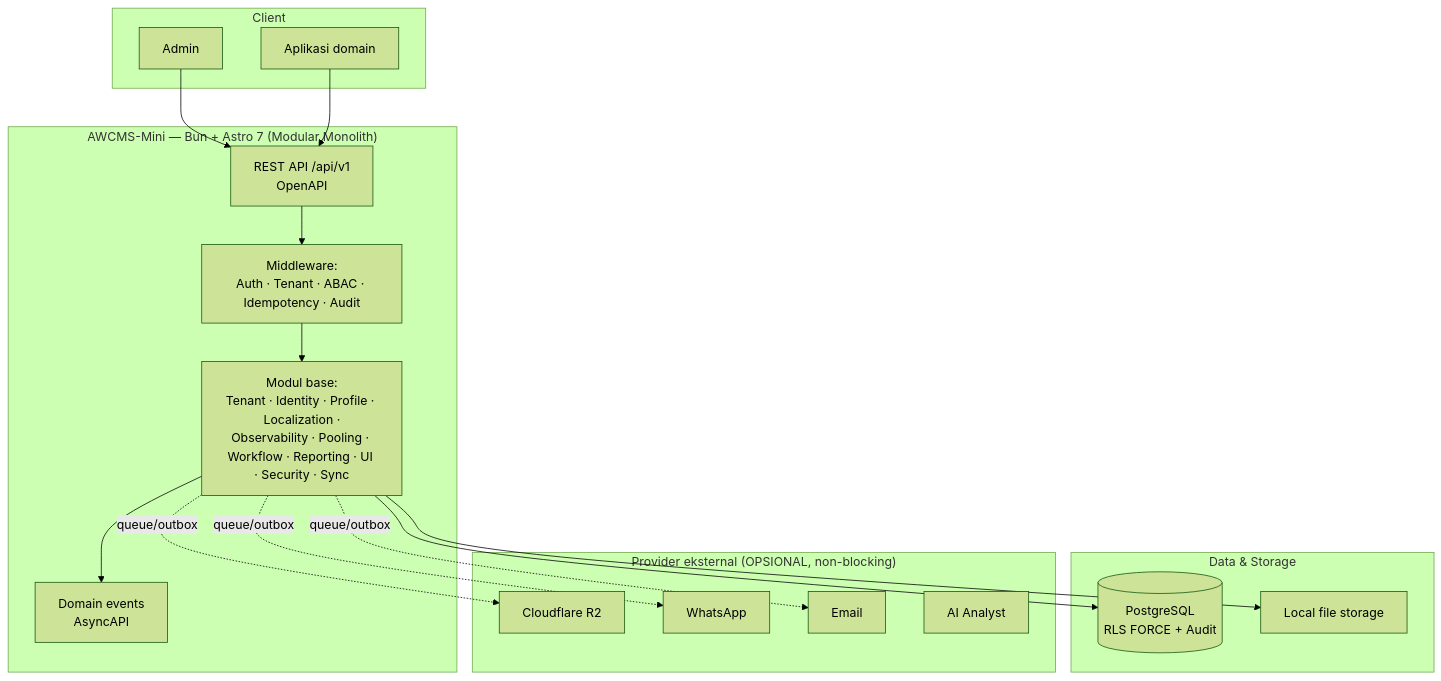
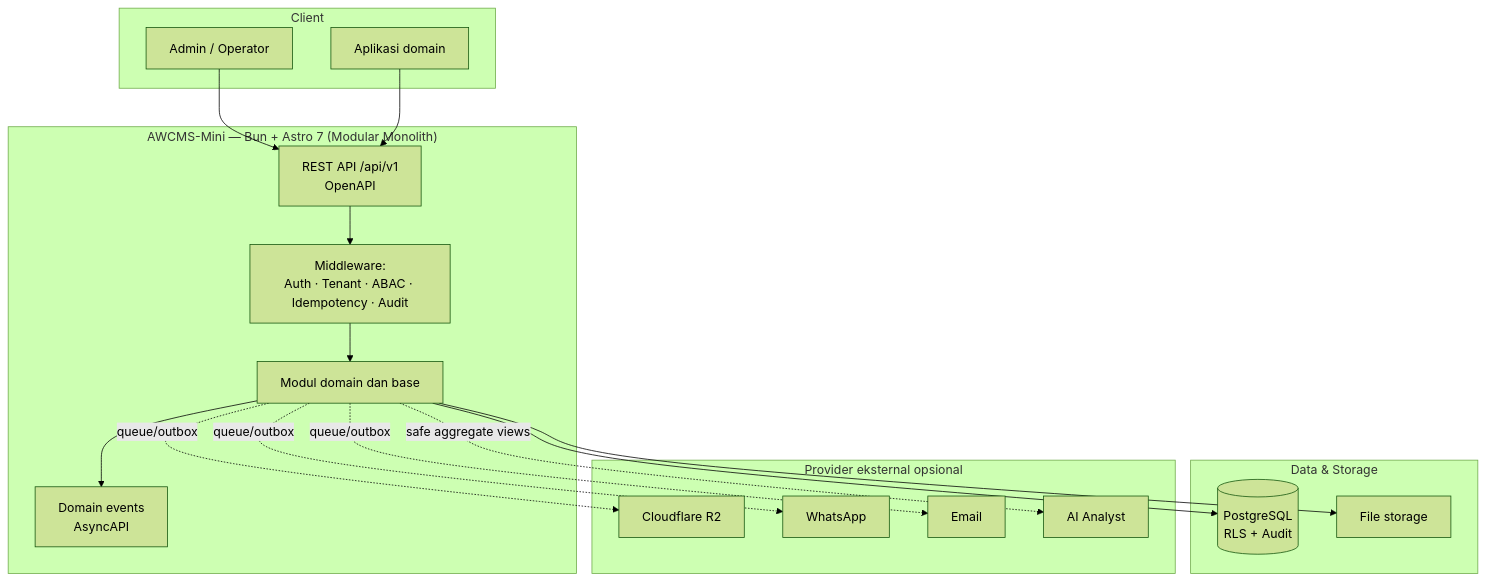
One commit to ahliweb/awcms-mini changed the diagram in README.md. Above: the diagram before and after it, drawn with Mermaid (forest theme). The commit also changed other lines of this file and 136 other files, not shown here.

````diff
--- a/README.md
+++ b/README.md
@@ -9,36 +9,37 @@
 ```mermaid
 flowchart TB
   subgraph Client["Client"]
-    ADM[Admin]
+    ADM[Admin / Operator]
     APP[Aplikasi domain]
   end
 
   subgraph App["AWCMS-Mini — Bun + Astro 7 (Modular Monolith)"]
     API[REST API /api/v1<br/>OpenAPI]
     MW[Middleware:<br/>Auth · Tenant · ABAC · Idempotency · Audit]
-    MOD[Modul base:<br/>Tenant · Identity · Profile · Localization ·<br/>Observability · Pooling · Workflow · Reporting · UI · Security · Sync]
+    MOD[Modul domain dan base]
     EVT[Domain events<br/>AsyncAPI]
   end
 
   subgraph Data["Data & Storage"]
-    PG[(PostgreSQL<br/>RLS FORCE + Audit)]
-    FILE[Local file storage]
+    PG[(PostgreSQL<br/>RLS + Audit)]
+    FILE[File storage]
   end
 
-  subgraph Ext["Provider eksternal (OPSIONAL, non-blocking)"]
+  subgraph Ext["Provider eksternal opsional"]
     R2[Cloudflare R2]
     WA[WhatsApp]
     MAIL[Email]
     AI[AI Analyst]
   end
 
   ADM --> API
   APP --> API
   API --> MW --> MOD
   MOD --> PG
   MOD --> FILE
   MOD --> EVT
   MOD -. queue/outbox .-> R2
   MOD -. queue/outbox .-> WA
   MOD -. queue/outbox .-> MAIL
+  MOD -. safe aggregate views .-> AI
 ```
````
